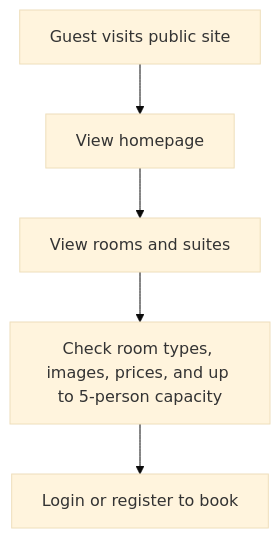
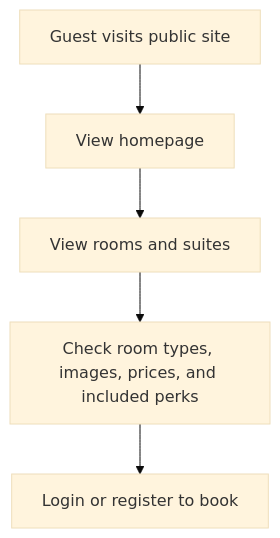
One commit to WizardOfXerox/Emperor-Hotel changed the second of 4 diagrams in docs/website-flowchart.md. Above: the diagram before and after it, drawn with Mermaid (base theme). The commit also changed other lines of this file and 19 other files, not shown here.

````diff
--- a/docs/website-flowchart.md
+++ b/docs/website-flowchart.md
@@ -81,7 +81,7 @@
 ```mermaid
 flowchart TD
     A[Guest visits public site] --> B[View homepage]
     B --> C[View rooms and suites]
-    C --> D[Check room types, images, prices, and up to 5-person capacity]
+    C --> D[Check room types, images, prices, and included perks]
     D --> E[Login or register to book]
 ```
````
